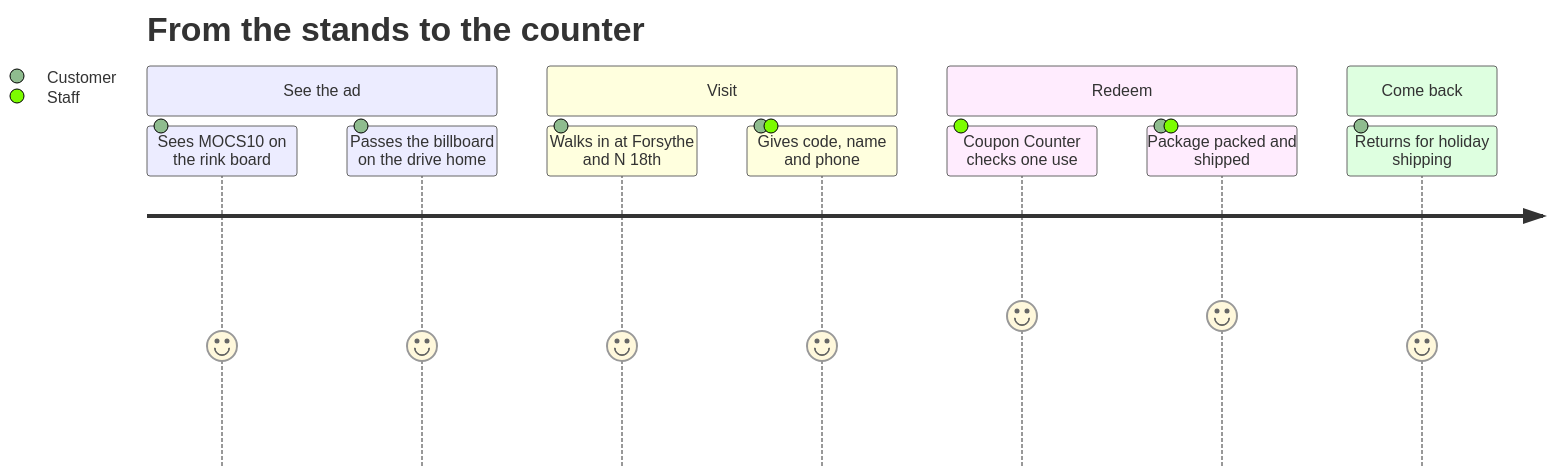
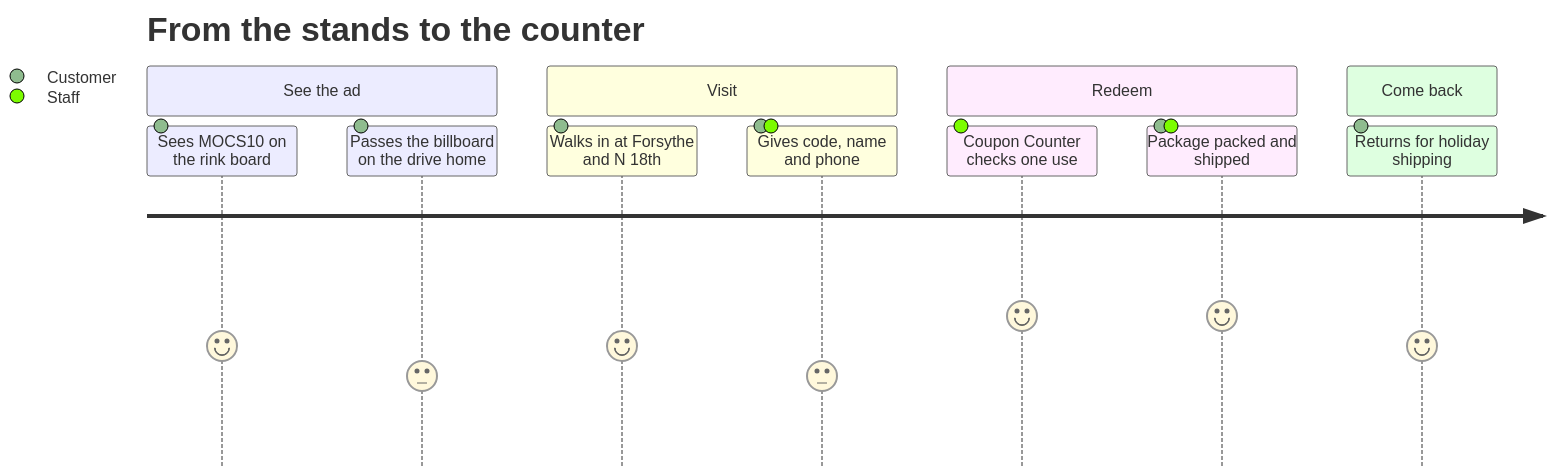
Before and after one commit to wbp318/goin-postal-forsythe: the second of 17 diagrams in README.md, drawn with Mermaid. The commit also changed other lines of this file, not shown here.

Commit message:
Revert journey scores; explain the flat faces
Puts back the 3 scores that mark real friction points (billboard glance,
giving a phone number) and adds a line under the chart explaining them.

````diff
--- a/README.md
+++ b/README.md
@@ -51,15 +51,15 @@
 ```mermaid
 journey
   title From the stands to the counter
   section See the ad
     Sees MOCS10 on the rink board: 4: Customer
-    Passes the billboard on the drive home: 4: Customer
+    Passes the billboard on the drive home: 3: Customer
   section Visit
     Walks in at Forsythe and N 18th: 4: Customer
-    Gives code, name and phone: 4: Customer, Staff
+    Gives code, name and phone: 3: Customer, Staff
   section Redeem
     Coupon Counter checks one use: 5: Staff
     Package packed and shipped: 5: Customer, Staff
   section Come back
     Returns for holiday shipping: 4: Customer
 ```
````
